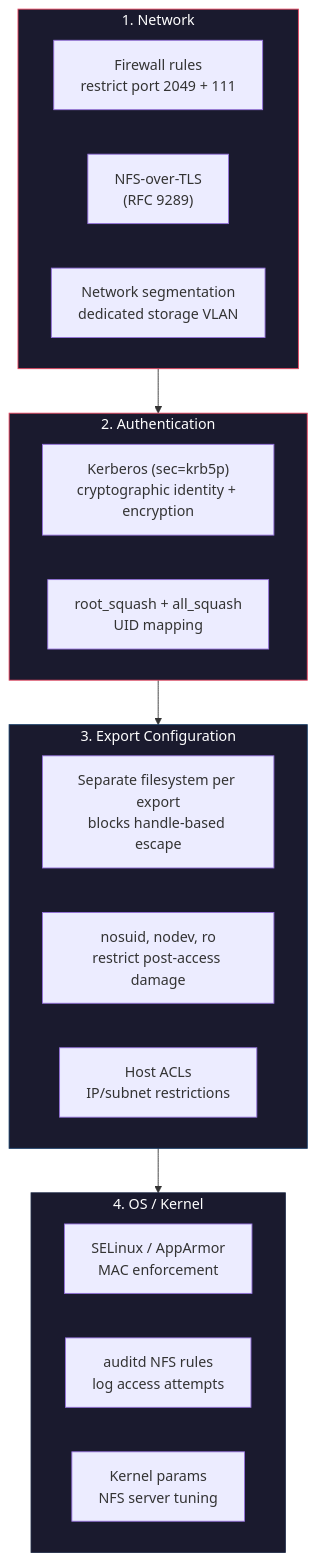
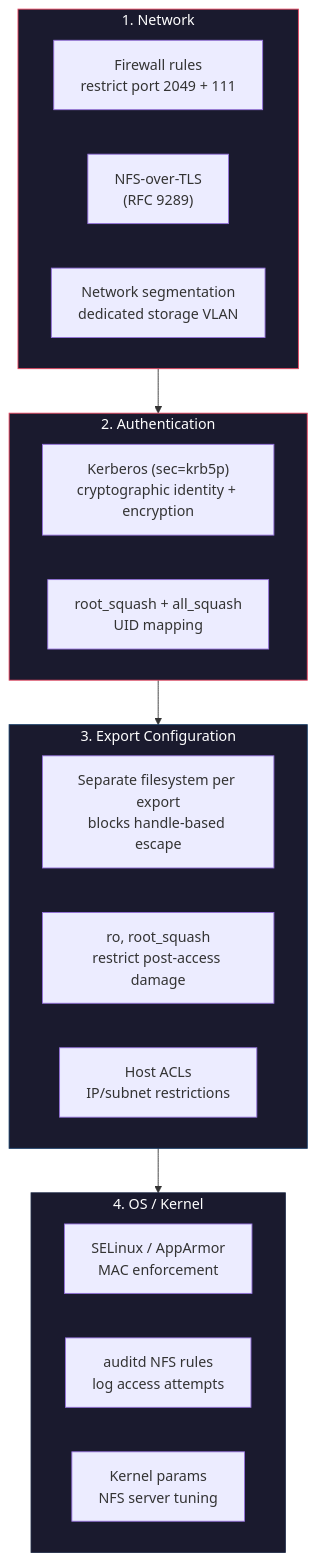
Before and after one commit to StrongWind1/NFSWolf: the diagram in docs/security/defense/index.md, drawn with Mermaid. The commit also changed other lines of this file and 52 other files, not shown here.

````diff
--- a/docs/security/defense/index.md
+++ b/docs/security/defense/index.md
@@ -16,32 +16,32 @@
 ```mermaid
 graph TB
     subgraph NET["1. Network"]
         FW["Firewall rules<br>restrict port 2049 + 111"]
         TLS["NFS-over-TLS<br>(RFC 9289)"]
         VLAN["Network segmentation<br>dedicated storage VLAN"]
     end
 
     subgraph AUTH["2. Authentication"]
         KRB["Kerberos (sec=krb5p)<br>cryptographic identity + encryption"]
         SQUASH["root_squash + all_squash<br>UID mapping"]
     end
 
     subgraph EXPORT["3. Export Configuration"]
         FS["Separate filesystem per export<br>blocks handle-based escape"]
-        OPTS["nosuid, nodev, ro<br>restrict post-access damage"]
+        OPTS["ro, root_squash<br>restrict post-access damage"]
         ACL["Host ACLs<br>IP/subnet restrictions"]
     end
 
     subgraph OS["4. OS / Kernel"]
         SELINUX["SELinux / AppArmor<br>MAC enforcement"]
         AUDIT["auditd NFS rules<br>log access attempts"]
         KERN["Kernel params<br>NFS server tuning"]
     end
 
     NET --> AUTH --> EXPORT --> OS
 
     style NET fill:#1a1a2e,stroke:#e94560,color:#fff
     style AUTH fill:#1a1a2e,stroke:#e94560,color:#fff
     style EXPORT fill:#1a1a2e,stroke:#0f3460,color:#fff
     style OS fill:#1a1a2e,stroke:#16213e,color:#fff
 ```
````
